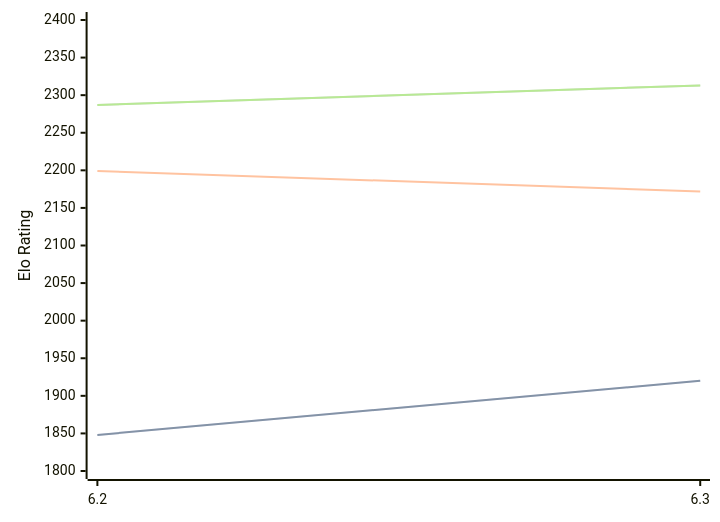
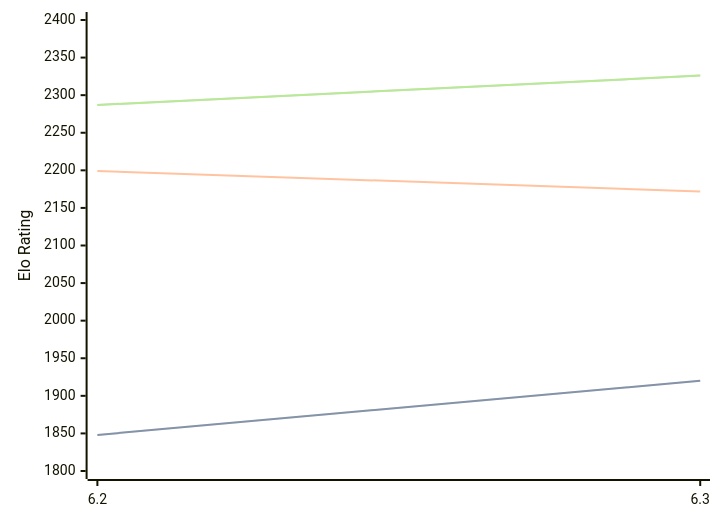
Before and after one commit to computer-chess-index/cci: the diagram in engines/chess4j.md, drawn with Mermaid. The commit also changed other lines of this file, not shown here.

Commit message:
Update CCI Ratings (ELO VLTC) - 2026-06-11

````diff
--- a/engines/chess4j.md
+++ b/engines/chess4j.md
@@ -38,11 +38,11 @@
 ```mermaid
 %%{init: {"theme":"base","themeVariables":{"seriesColors:['#a3a3a3','#222221','#faa371']}}}%%
 xychart-beta
   x-axis ["6.2", "6.3"]
   y-axis "Elo Rating" 1800 --> 2400
   line "STC (8.0+0.08s)" [1848, 1920]
   line "STC (8.0+0.08s)" [1848, 1920]
   line "LTC (60.0+0.60s)" [2199, 2172]
-  line "VLTC (2m24s+1.12s)" [2287, 2313]
-  line "VLTC (2m24s+1.12s)" [2287, 2313]
+  line "VLTC (2m24s+1.12s)" [2287, 2326]
+  line "VLTC (2m24s+1.12s)" [2287, 2326]
 ```
````
